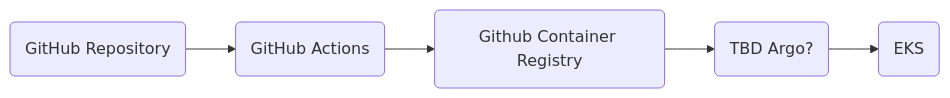
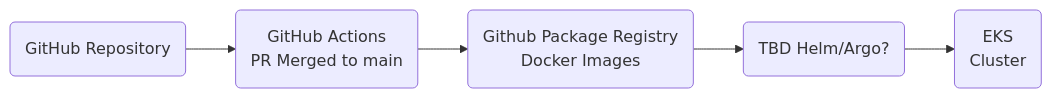
Before and after one commit to agile-learning-institute/mentorHub: the fifth of 5 diagrams in specifications/ARCHITECTURE.md, drawn with Mermaid. The commit also changed other lines of this file and 1 other file, not shown here.

Commit message:
Workflow Improvements, architecture tweaks

````diff
--- a/specifications/ARCHITECTURE.md
+++ b/specifications/ARCHITECTURE.md
@@ -157,8 +164,11 @@
 ```mermaid
 flowchart LR
     REPO(GitHub Repository)
-    --> CI(GitHub Actions) 
-    --> GCR(Github Container Registry)
-    --> Next(TBD Argo?)
-    --> K8S(EKS)
+    --> CI(GitHub Actions
+            PR Merged to main) 
+    --> GPR(Github Package Registry
+            Docker Images)
+    --> Next(TBD Helm/Argo?)
+    --> K8S(EKS
+            Cluster)
 ```
````
